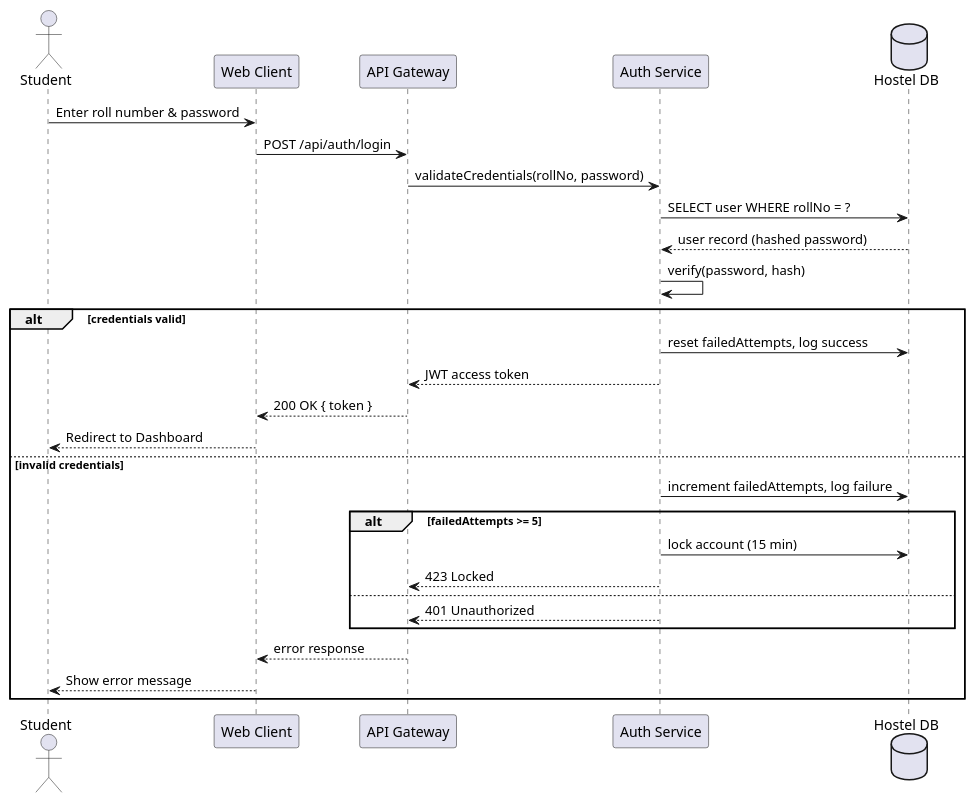
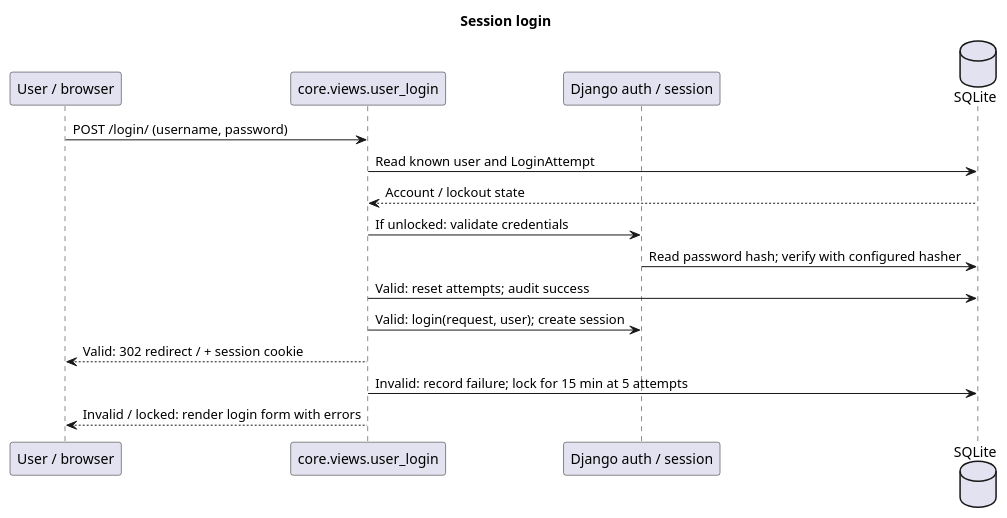
Before and after one commit to SruthiVejju/SE_MiniProject: the diagram in docs/diagrams/src/sequence-login.puml, drawn with PlantUML. The commit also changed 20 other files, not shown here.

Commit message:
Document implemented architecture and final test results

```diff
--- a/docs/diagrams/src/sequence-login.puml
+++ b/docs/diagrams/src/sequence-login.puml
@@ -1,31 +1,17 @@
 @startuml sequence-login
-actor Student
-participant "Web Client" as Web
-participant "API Gateway" as GW
-participant "Auth Service" as Auth
-database "Hostel DB" as DB
-
-Student -> Web : Enter roll number & password
-Web -> GW : POST /api/auth/login
-GW -> Auth : validateCredentials(rollNo, password)
-Auth -> DB : SELECT user WHERE rollNo = ?
-DB --> Auth : user record (hashed password)
-Auth -> Auth : verify(password, hash)
-
-alt credentials valid
-  Auth -> DB : reset failedAttempts, log success
-  Auth --> GW : JWT access token
-  GW --> Web : 200 OK { token }
-  Web --> Student : Redirect to Dashboard
-else invalid credentials
-  Auth -> DB : increment failedAttempts, log failure
-  alt failedAttempts >= 5
-    Auth -> DB : lock account (15 min)
-    Auth --> GW : 423 Locked
-  else
-    Auth --> GW : 401 Unauthorized
-  end
-  GW --> Web : error response
-  Web --> Student : Show error message
-end
+title Session login
+participant "User / browser" as P0
+participant "core.views.user_login" as P1
+participant "Django auth / session" as P2
+database "SQLite" as P3
+P0 -> P1 : POST /login/ (username, password)
+P1 -> P3 : Read known user and LoginAttempt
+P3 --> P1 : Account / lockout state
+P1 -> P2 : If unlocked: validate credentials
+P2 -> P3 : Read password hash; verify with configured hasher
+P1 -> P3 : Valid: reset attempts; audit success
+P1 -> P2 : Valid: login(request, user); create session
+P1 --> P0 : Valid: 302 redirect / + session cookie
+P1 -> P3 : Invalid: record failure; lock for 15 min at 5 attempts
+P1 --> P0 : Invalid / locked: render login form with errors
 @enduml
```
